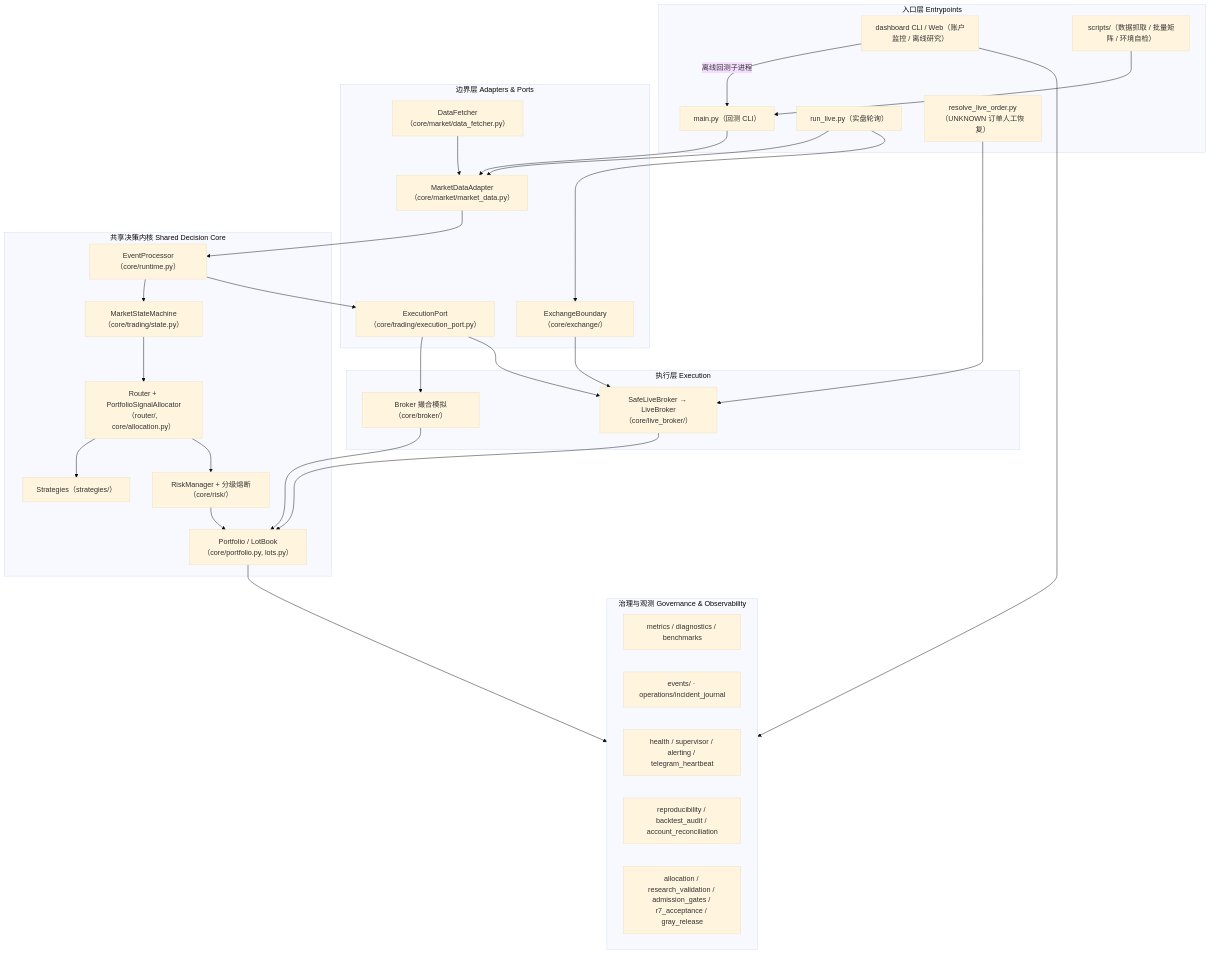
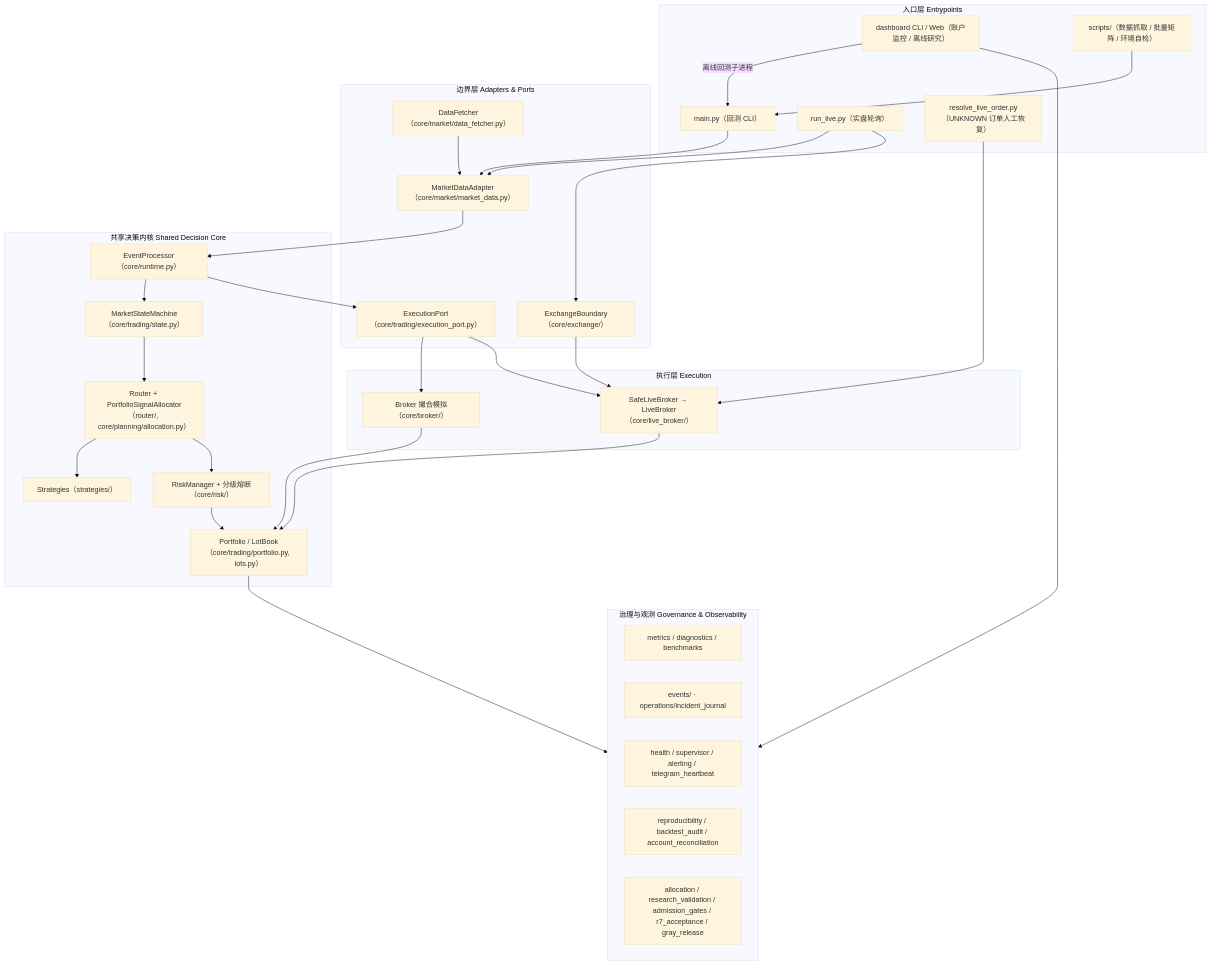
The first of 5 diagrams in README.md (user-nmmmmm/QuantTradingV2), drawn with Mermaid (base theme) before and after one commit. The commit also changed other lines of this file and 149 other files, not shown here.

First line of the commit message:
refactor: move selection and allocation modules to core/planning (B2 cluster 3)

````diff
--- a/README.md
+++ b/README.md
@@ -82,58 +82,58 @@
 ```mermaid
 flowchart TB
     subgraph ENTRY["入口层 Entrypoints"]
         M["main.py（回测 CLI）"]
         RL["run_live.py（实盘轮询）"]
         RS["resolve_live_order.py（UNKNOWN 订单人工恢复）"]
         DB["dashboard CLI / Web（账户监控 / 离线研究）"]
         SC["scripts/（数据抓取 / 批量矩阵 / 环境自检）"]
     end
 
     subgraph BOUND["边界层 Adapters & Ports"]
         MDA["MarketDataAdapter（core/market/market_data.py）"]
         EXP["ExecutionPort（core/trading/execution_port.py）"]
         EB["ExchangeBoundary（core/exchange/）"]
         DF["DataFetcher（core/market/data_fetcher.py）"]
     end
 
     subgraph KERNEL["共享决策内核 Shared Decision Core"]
         EP["EventProcessor（core/runtime.py）"]
         SM["MarketStateMachine（core/trading/state.py）"]
-        RT["Router + PortfolioSignalAllocator（router/, core/allocation.py）"]
+        RT["Router + PortfolioSignalAllocator（router/, core/planning/allocation.py）"]
         ST["Strategies（strategies/）"]
         RK["RiskManager + 分级熔断（core/risk/）"]
-        PF["Portfolio / LotBook（core/portfolio.py, lots.py）"]
+        PF["Portfolio / LotBook（core/trading/portfolio.py, lots.py）"]
     end
 
     subgraph EXEC["执行层 Execution"]
         BK["Broker 撮合模拟（core/broker/）"]
         LB["SafeLiveBroker → LiveBroker（core/live_broker/）"]
     end
 
     subgraph OBS["治理与观测 Governance & Observability"]
         MT["metrics / diagnostics / benchmarks"]
         EV["events/ · operations/incident_journal"]
         HS["health / supervisor / alerting / telegram_heartbeat"]
         RP["reproducibility / backtest_audit / account_reconciliation"]
         PH["allocation / research_validation / admission_gates / r7_acceptance / gray_release"]
     end
 
     SC --> M
     M --> MDA
     RL --> MDA
     RL --> EB
     DF --> MDA
     MDA --> EP
     EP --> SM --> RT --> ST
     RT --> RK --> PF
     EP --> EXP
     EXP --> BK
     EXP --> LB
     EB --> LB
     BK --> PF
     LB --> PF
     PF --> OBS
     RS --> LB
     DB --> OBS
     DB -->|离线回测子进程| M
 ```
````
